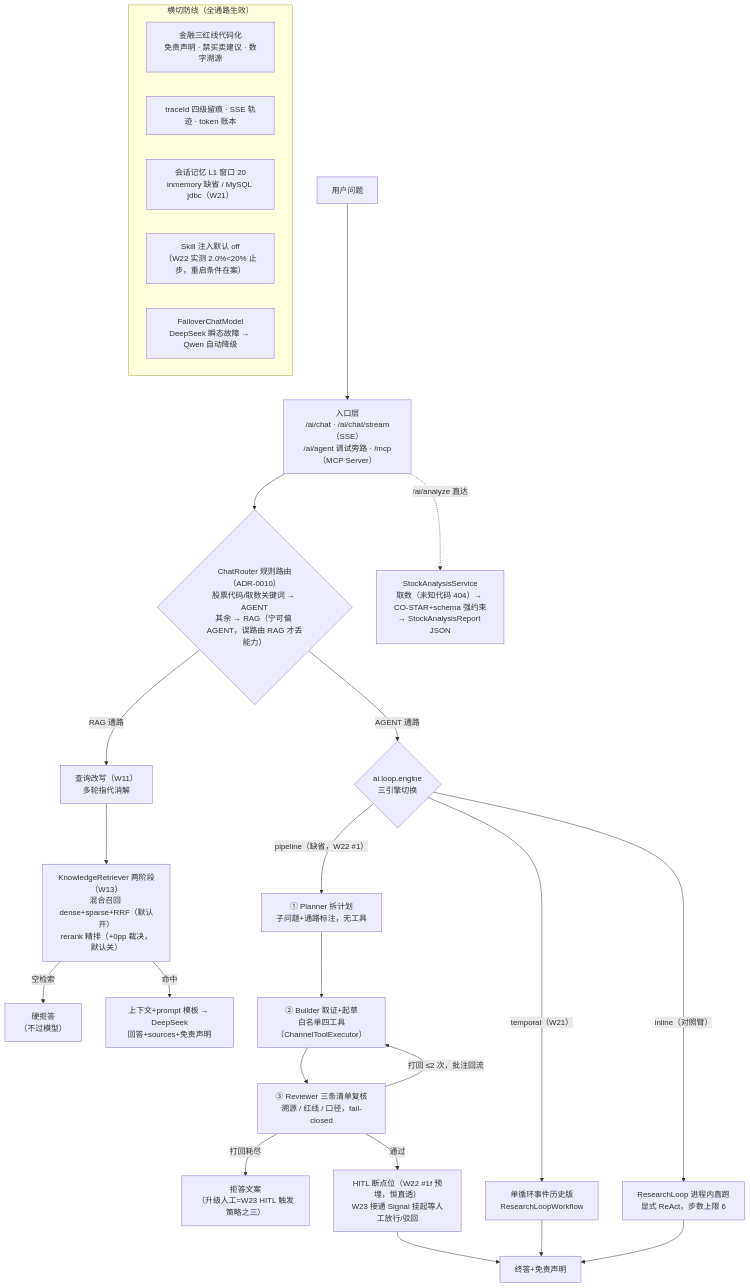
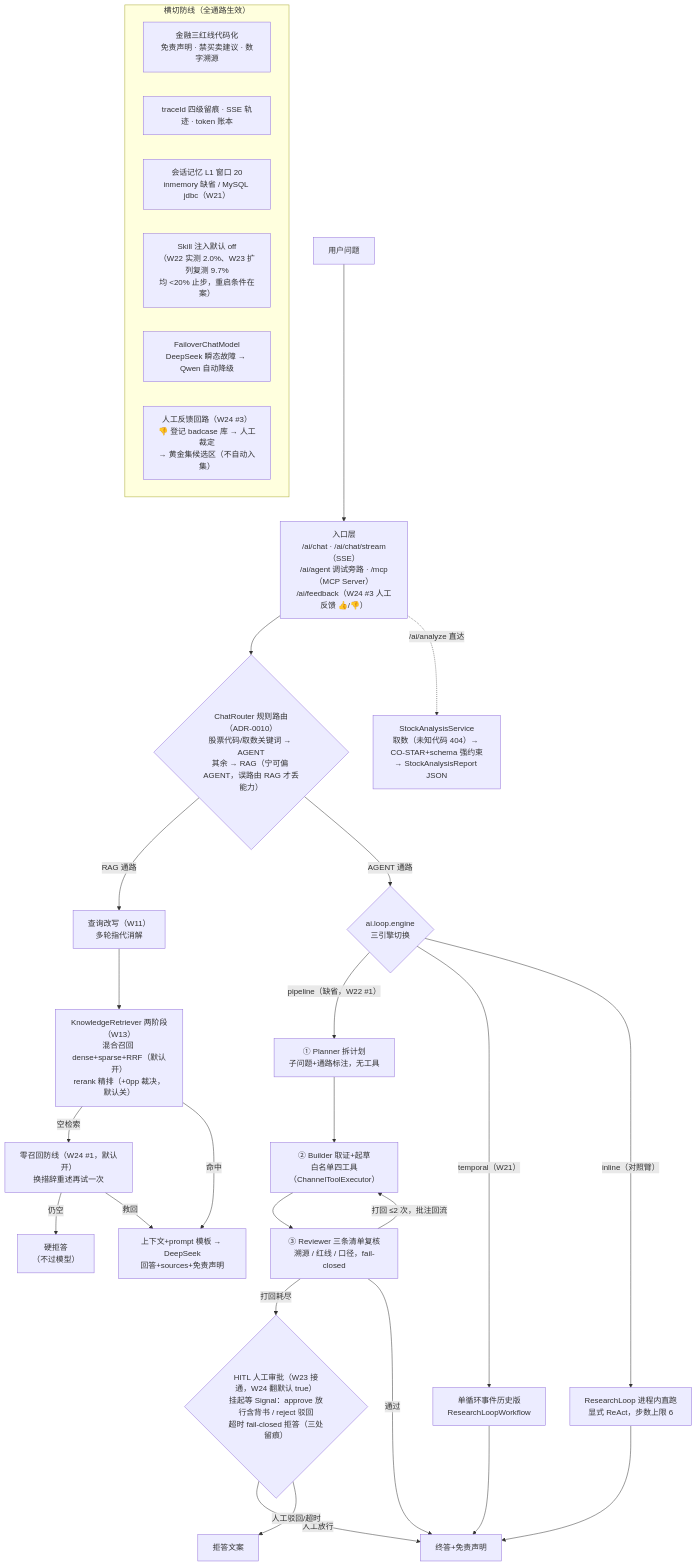
The second of 2 diagrams in README.md (GuohuiYin/ai-evolution), drawn with Mermaid before and after one commit. The commit also changed other lines of this file and 13 other files, not shown here.

````diff
--- a/README.md
+++ b/README.md
@@ -139,33 +144,37 @@
 ```mermaid
 flowchart TB
-    Q["用户问题"] --> ENTRY["入口层<br/>/ai/chat · /ai/chat/stream（SSE）<br/>/ai/agent 调试旁路 · /mcp（MCP Server）"]
+    Q["用户问题"] --> ENTRY["入口层<br/>/ai/chat · /ai/chat/stream（SSE）<br/>/ai/agent 调试旁路 · /mcp（MCP Server）<br/>/ai/feedback（W24 #3 人工反馈 👍/👎）"]
     ENTRY --> ROUTER{"ChatRouter 规则路由（ADR-0010）<br/>股票代码/取数关键词 → AGENT<br/>其余 → RAG（宁可偏 AGENT，误路由 RAG 才丢能力）"}
 
     ROUTER -->|RAG 通路| RW["查询改写（W11）<br/>多轮指代消解"]
     RW --> RET["KnowledgeRetriever 两阶段（W13）<br/>混合召回 dense+sparse+RRF（默认开）<br/>rerank 精排（+0pp 裁决，默认关）"]
-    RET -->|空检索| REF1["硬拒答<br/>（不过模型）"]
+    RET -->|空检索| RETRY["零召回防线（W24 #1，默认开）<br/>换措辞重述再试一次"]
+    RETRY -->|仍空| REF1["硬拒答<br/>（不过模型）"]
+    RETRY -->|救回| RGEN
     RET -->|命中| RGEN["上下文+prompt 模板 → DeepSeek<br/>回答+sources+免责声明"]
 
     ROUTER -->|AGENT 通路| ENG{"ai.loop.engine<br/>三引擎切换"}
     ENG -->|"pipeline（缺省，W22 #1）"| PLAN["① Planner 拆计划<br/>子问题+通路标注，无工具"]
     PLAN --> BUILD["② Builder 取证+起草<br/>白名单四工具（ChannelToolExecutor）"]
     BUILD --> REV["③ Reviewer 三条清单复核<br/>溯源 / 红线 / 口径，fail-closed"]
     REV -->|"打回 ≤2 次，批注回流"| BUILD
-    REV -->|打回耗尽| REF2["拒答文案<br/>（升级人工=W23 HITL 触发策略之三）"]
-    REV -->|通过| HITL["HITL 断点位（W22 #1f 预埋，恒直透）<br/>W23 接通 Signal 挂起等人工放行/驳回"]
-    HITL --> FINAL["终答+免责声明"]
+    REV -->|打回耗尽| HITLG{"HITL 人工审批（W23 接通，W24 翻默认 true）<br/>挂起等 Signal：approve 放行含背书 / reject 驳回<br/>超时 fail-closed 拒答（三处留痕）"}
+    HITLG -->|人工放行| FINAL
+    HITLG -->|"人工驳回/超时"| REF2["拒答文案"]
+    REV -->|通过| FINAL["终答+免责声明"]
     ENG -->|"temporal（W21）"| TLOOP["单循环事件历史版<br/>ResearchLoopWorkflow"]
     ENG -->|"inline（对照臂）"| ILOOP["ResearchLoop 进程内直跑<br/>显式 ReAct，步数上限 6"]
     TLOOP --> FINAL
     ILOOP --> FINAL
 
     ENTRY -.->|/ai/analyze 直达| ANA["StockAnalysisService<br/>取数（未知代码 404）→ CO-STAR+schema 强约束<br/>→ StockAnalysisReport JSON"]
 
     subgraph CROSS["横切防线（全通路生效）"]
         RL["金融三红线代码化<br/>免责声明 · 禁买卖建议 · 数字溯源"]
         OBS["traceId 四级留痕 · SSE 轨迹 · token 账本"]
         MEM["会话记忆 L1 窗口 20<br/>inmemory 缺省 / MySQL jdbc（W21）"]
-        SK["Skill 注入默认 off<br/>（W22 实测 2.0%<20% 止步，重启条件在案）"]
+        SK["Skill 注入默认 off<br/>（W22 实测 2.0%、W23 扩列复测 9.7%<br/>均 <20% 止步，重启条件在案）"]
         FO["FailoverChatModel<br/>DeepSeek 瞬态故障 → Qwen 自动降级"]
+        FB["人工反馈回路（W24 #3）<br/>👎 登记 badcase 库 → 人工裁定<br/>→ 黄金集候选区（不自动入集）"]
     end
 ```
````
